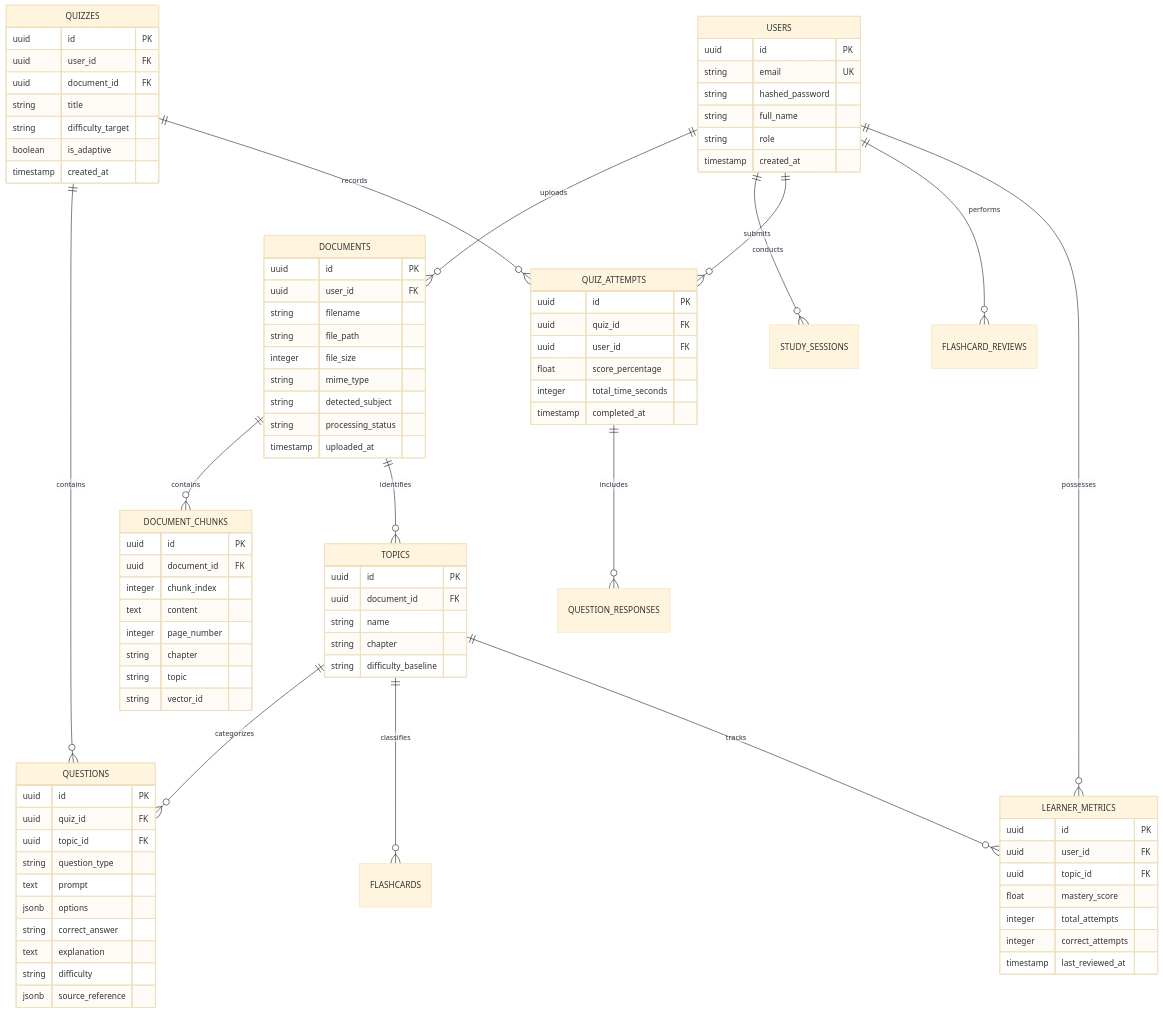
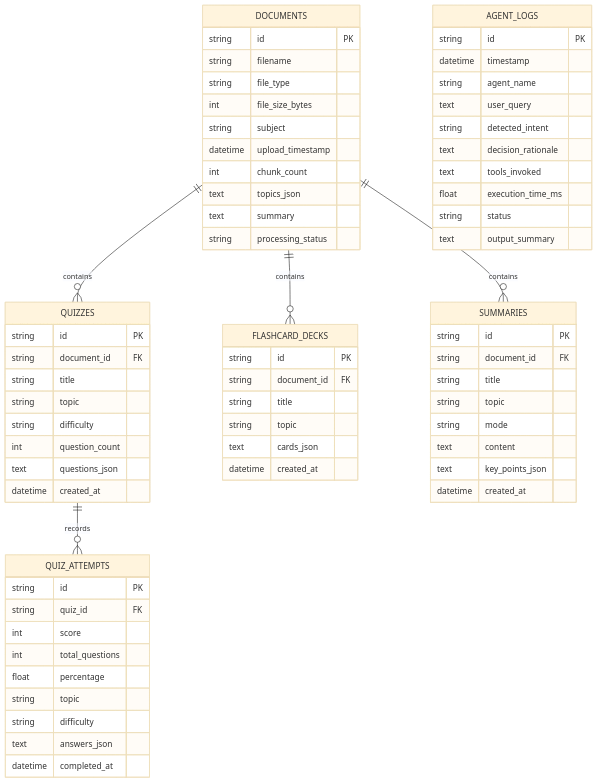
The seventh of 10 diagrams in README.md (varun16-dev/Cognivora-AI), drawn with Mermaid (base theme) before and after one commit. The commit also changed other lines of this file and 55 other files, not shown here.

````diff
--- a/README.md
+++ b/README.md
@@ -333,101 +265,76 @@
 ```mermaid
 erDiagram
-    USERS ||--o{ DOCUMENTS : uploads
-    USERS ||--o{ STUDY_SESSIONS : conducts
-    USERS ||--o{ QUIZ_ATTEMPTS : submits
-    USERS ||--o{ FLASHCARD_REVIEWS : performs
-    USERS ||--o{ LEARNER_METRICS : possesses
-
-    DOCUMENTS ||--o{ DOCUMENT_CHUNKS : contains
-    DOCUMENTS ||--o{ TOPICS : identifies
-    
-    TOPICS ||--o{ QUESTIONS : categorizes
-    TOPICS ||--o{ FLASHCARDS : classifies
-    TOPICS ||--o{ LEARNER_METRICS : tracks
-
-    QUIZZES ||--o{ QUESTIONS : contains
+    DOCUMENTS ||--o{ QUIZZES : contains
+    DOCUMENTS ||--o{ FLASHCARD_DECKS : contains
+    DOCUMENTS ||--o{ SUMMARIES : contains
     QUIZZES ||--o{ QUIZ_ATTEMPTS : records
-    QUIZ_ATTEMPTS ||--o{ QUESTION_RESPONSES : includes
-
-    USERS {
-        uuid id PK
-        string email UK
-        string hashed_password
-        string full_name
-        string role
-        timestamp created_at
-    }
 
     DOCUMENTS {
-        uuid id PK
-        uuid user_id FK
+        string id PK
         string filename
-        string file_path
-        integer file_size
-        string mime_type
-        string detected_subject
+        string file_type
+        int file_size_bytes
+        string subject
+        datetime upload_timestamp
+        int chunk_count
+        text topics_json
+        text summary
         string processing_status
-        timestamp uploaded_at
-    }
-
-    DOCUMENT_CHUNKS {
-        uuid id PK
-        uuid document_id FK
-        integer chunk_index
-        text content
-        integer page_number
-        string chapter
-        string topic
-        string vector_id
-    }
-
-    TOPICS {
-        uuid id PK
-        uuid document_id FK
-        string name
-        string chapter
-        string difficulty_baseline
     }
 
     QUIZZES {
-        uuid id PK
-        uuid user_id FK
-        uuid document_id FK
+        string id PK
+        string document_id FK
         string title
-        string difficulty_target
-        boolean is_adaptive
-        timestamp created_at
-    }
-
-    QUESTIONS {
-        uuid id PK
-        uuid quiz_id FK
-        uuid topic_id FK
-        string question_type
-        text prompt
-        jsonb options
-        string correct_answer
-        text explanation
+        string topic
         string difficulty
-        jsonb source_reference
+        int question_count
+        text questions_json
+        datetime created_at
     }
 
     QUIZ_ATTEMPTS {
-        uuid id PK
-        uuid quiz_id FK
-        uuid user_id FK
-        float score_percentage
-        integer total_time_seconds
-        timestamp completed_at
+        string id PK
+        string quiz_id FK
+        int score
+        int total_questions
+        float percentage
+        string topic
+        string difficulty
+        text answers_json
+        datetime completed_at
     }
 
-    LEARNER_METRICS {
-        uuid id PK
-        uuid user_id FK
-        uuid topic_id FK
-        float mastery_score
-        integer total_attempts
-        integer correct_attempts
-        timestamp last_reviewed_at
+    FLASHCARD_DECKS {
+        string id PK
+        string document_id FK
+        string title
+        string topic
+        text cards_json
+        datetime created_at
+    }
+
+    SUMMARIES {
+        string id PK
+        string document_id FK
+        string title
+        string topic
+        string mode
+        text content
+        text key_points_json
+        datetime created_at
+    }
+
+    AGENT_LOGS {
+        string id PK
+        datetime timestamp
+        string agent_name
+        text user_query
+        string detected_intent
+        text decision_rationale
+        text tools_invoked
+        float execution_time_ms
+        string status
+        text output_summary
     }
 ```
````
